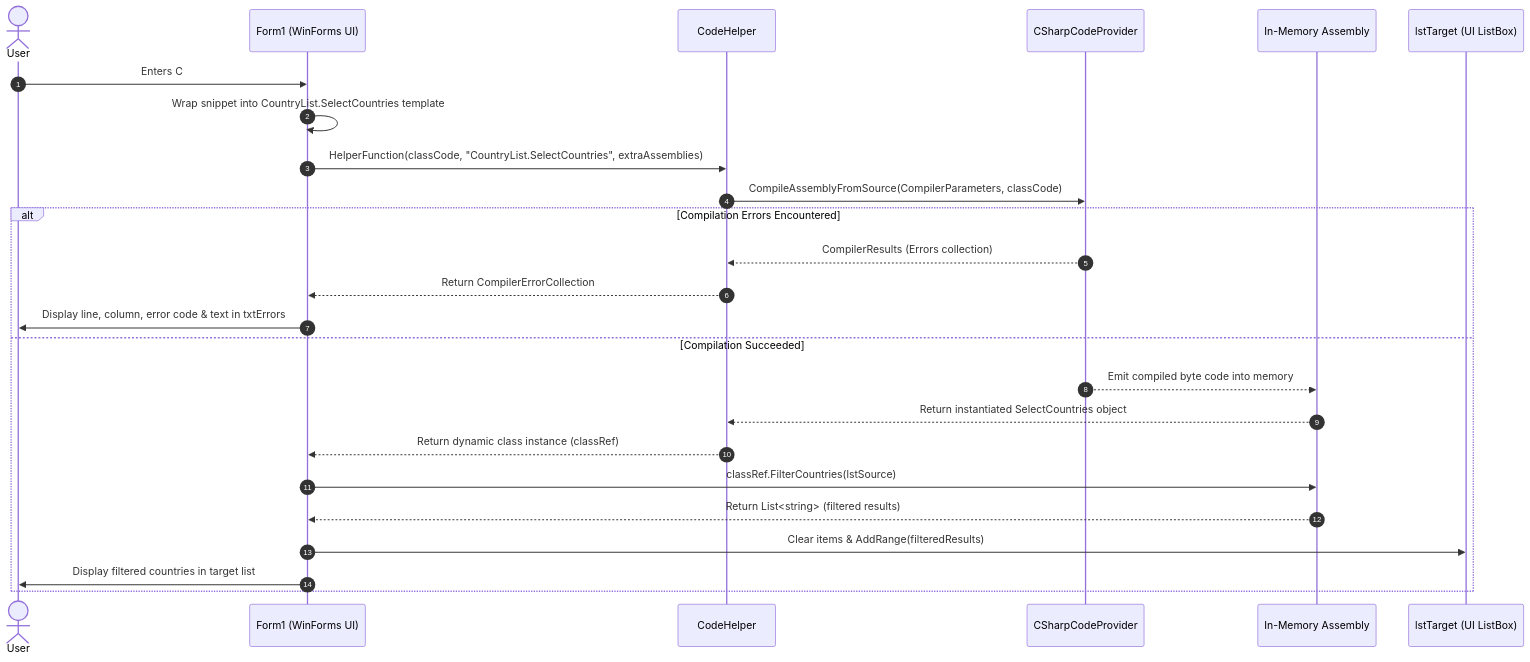
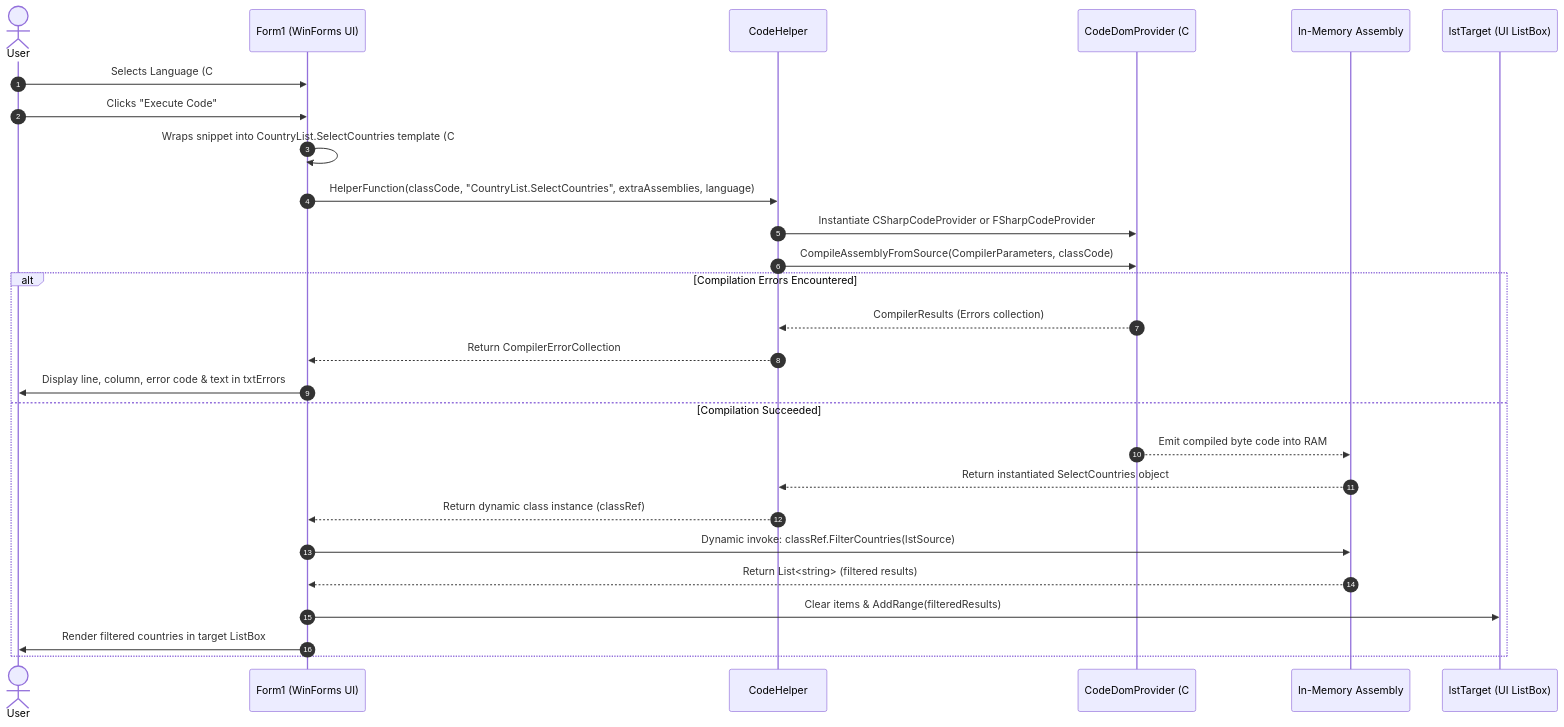
One commit to roboter/DinamiclyExecuteCode.NET changed the second of 2 diagrams in readme.md. Above: the diagram before and after it, drawn with Mermaid. The commit also changed other lines of this file and 6 other files, not shown here.

Commit message:
feat: add F# support alongside C# for dynamic runtime code execution

````diff
--- a/readme.md
+++ b/readme.md
@@ -69,29 +82,31 @@
 ```mermaid
 sequenceDiagram
     autonumber
     actor User as User
     participant Form as Form1 (WinForms UI)
     participant Helper as CodeHelper
-    participant Provider as CSharpCodeProvider
+    participant Provider as CodeDomProvider (C# / F#)
     participant MemoryAsm as In-Memory Assembly
     participant Target as lstTarget (UI ListBox)
 
-    User->>Form: Enters C# snippet and clicks "Run Code"
-    Form->>Form: Wrap snippet into CountryList.SelectCountries template
-    Form->>Helper: HelperFunction(classCode, "CountryList.SelectCountries", extraAssemblies)
+    User->>Form: Selects Language (C# or F#) & enters code snippet
+    User->>Form: Clicks "Execute Code"
+    Form->>Form: Wraps snippet into CountryList.SelectCountries template (C# or F#)
+    Form->>Helper: HelperFunction(classCode, "CountryList.SelectCountries", extraAssemblies, language)
+    Helper->>Provider: Instantiate CSharpCodeProvider or FSharpCodeProvider
     Helper->>Provider: CompileAssemblyFromSource(CompilerParameters, classCode)
 
     alt Compilation Errors Encountered
         Provider-->>Helper: CompilerResults (Errors collection)
         Helper-->>Form: Return CompilerErrorCollection
         Form->>User: Display line, column, error code & text in txtErrors
     else Compilation Succeeded
-        Provider-->>MemoryAsm: Emit compiled byte code into memory
+        Provider-->>MemoryAsm: Emit compiled byte code into RAM
         MemoryAsm-->>Helper: Return instantiated SelectCountries object
         Helper-->>Form: Return dynamic class instance (classRef)
-        Form->>MemoryAsm: classRef.FilterCountries(lstSource)
+        Form->>MemoryAsm: Dynamic invoke: classRef.FilterCountries(lstSource)
         MemoryAsm-->>Form: Return List<string> (filtered results)
         Form->>Target: Clear items & AddRange(filteredResults)
-        Form->>User: Display filtered countries in target list
+        Form->>User: Render filtered countries in target ListBox
     end
 ```
````
